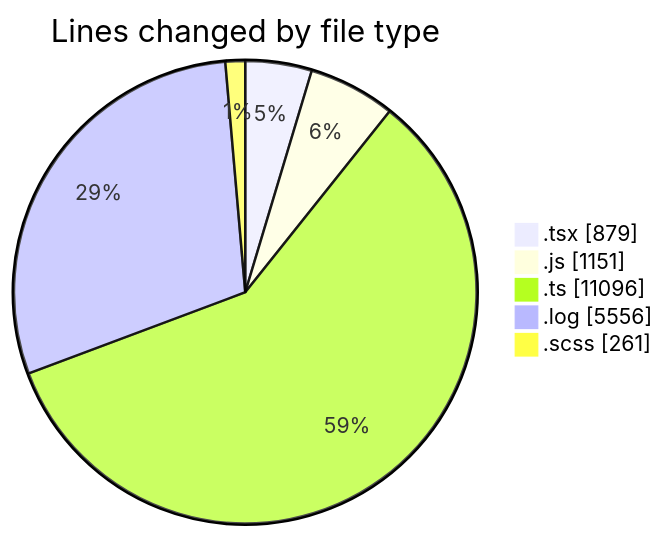
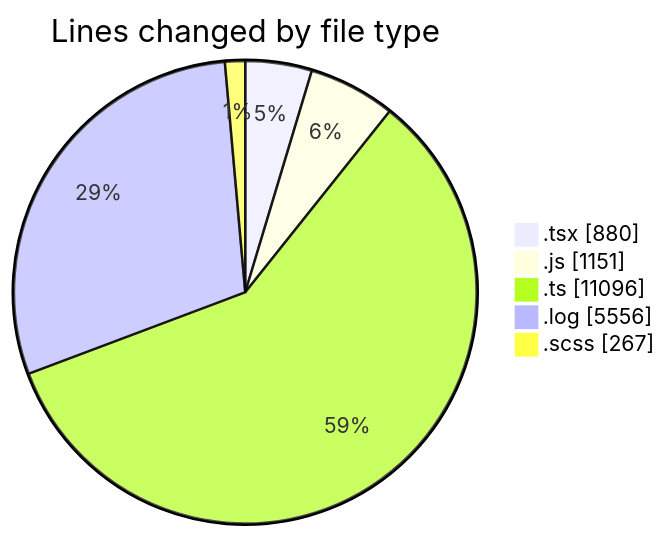
The first of 2 diagrams in 2026-04-09/cda/README.md (momahboobian/code-tracking), drawn with Mermaid before and after one commit. The commit also changed other lines of this file and 1 other file, not shown here.

````diff
--- a/2026-04-09/cda/README.md
+++ b/2026-04-09/cda/README.md
@@ -31,9 +31,9 @@
 ```mermaid
 pie showData
 title Lines changed by file type
-".tsx" : 879
+".tsx" : 880
 ".js" : 1151
 ".ts" : 11096
 ".log" : 5556
-".scss" : 261
+".scss" : 267
 ```
````
